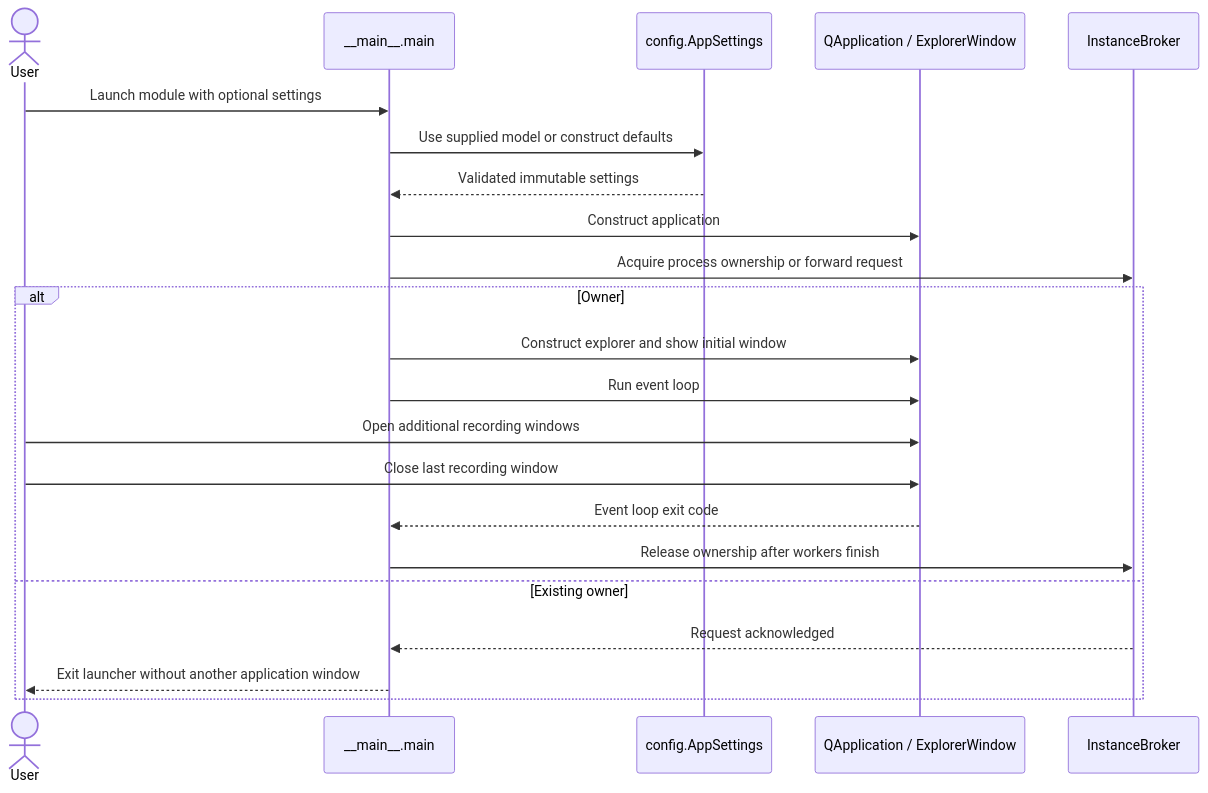
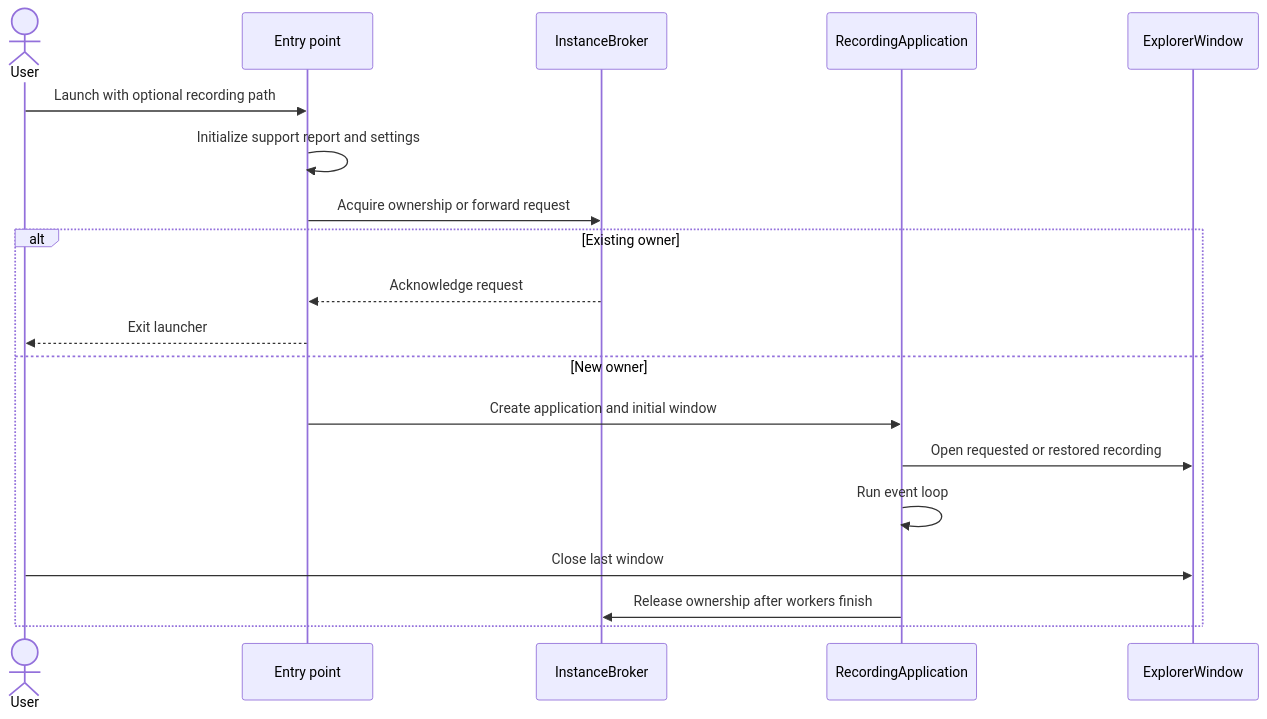
The first of 4 diagrams in docs/architecture/06_runtime_view.md (rudnerbjoern/ride-forces-analyzer), drawn with Mermaid before and after one commit. The commit also changed other lines of this file and 39 other files, not shown here.

````diff
--- a/docs/architecture/06_runtime_view.md
+++ b/docs/architecture/06_runtime_view.md
@@ -19,24 +12,21 @@
 ```mermaid
 sequenceDiagram
     actor User
-    participant Entry as __main__.main
-    participant Settings as config.AppSettings
-    participant Qt as QApplication / ExplorerWindow
-    participant IPC as InstanceBroker
-    User->>Entry: Launch module with optional settings
-    Entry->>Settings: Use supplied model or construct defaults
-    Settings-->>Entry: Validated immutable settings
-    Entry->>Qt: Construct application
-    Entry->>IPC: Acquire process ownership or forward request
-    alt Owner
-        Entry->>Qt: Construct explorer and show initial window
-        Entry->>Qt: Run event loop
-        User->>Qt: Open additional recording windows
-        User->>Qt: Close last recording window
-        Qt-->>Entry: Event loop exit code
-        Entry->>IPC: Release ownership after workers finish
-    else Existing owner
-        IPC-->>Entry: Request acknowledged
-        Entry-->>User: Exit launcher without another application window
+    participant Entry as Entry point
+    participant Broker as InstanceBroker
+    participant App as RecordingApplication
+    participant Window as ExplorerWindow
+    User->>Entry: Launch with optional recording path
+    Entry->>Entry: Initialize support report and settings
+    Entry->>Broker: Acquire ownership or forward request
+    alt Existing owner
+        Broker-->>Entry: Acknowledge request
+        Entry-->>User: Exit launcher
+    else New owner
+        Entry->>App: Create application and initial window
+        App->>Window: Open requested or restored recording
+        App->>App: Run event loop
+        User->>Window: Close last window
+        App->>Broker: Release ownership after workers finish
     end
 ```
````
